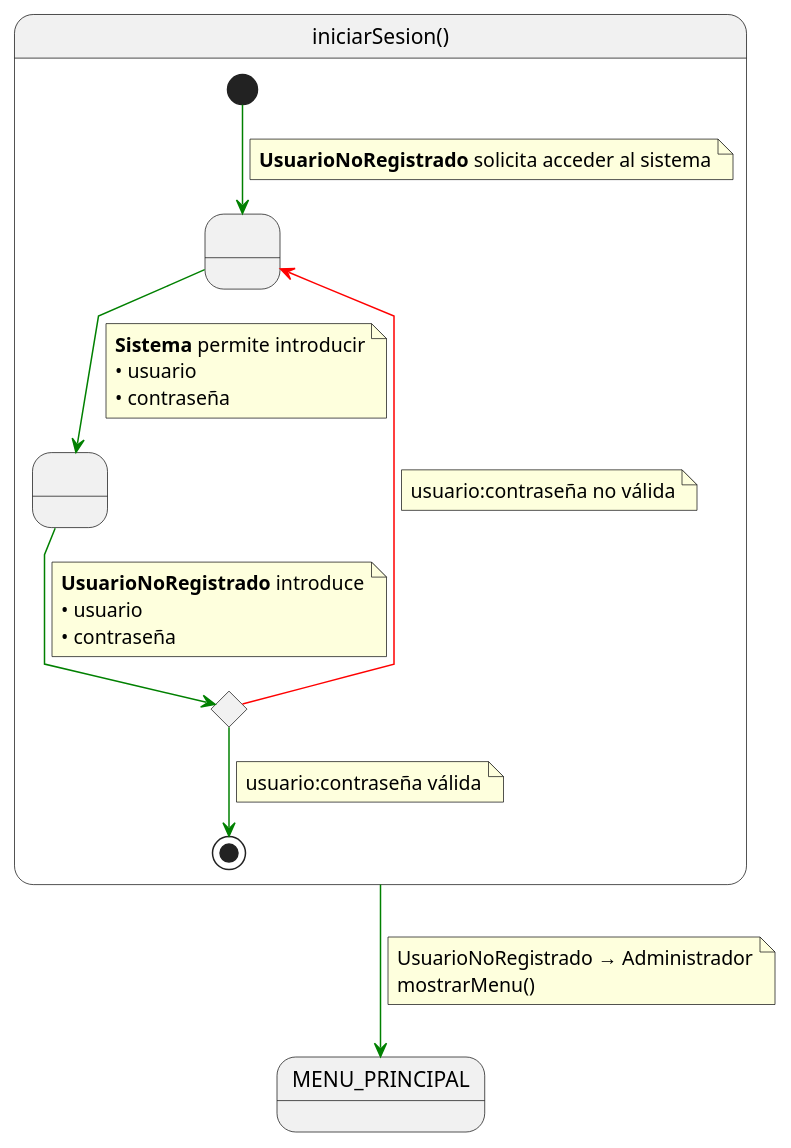
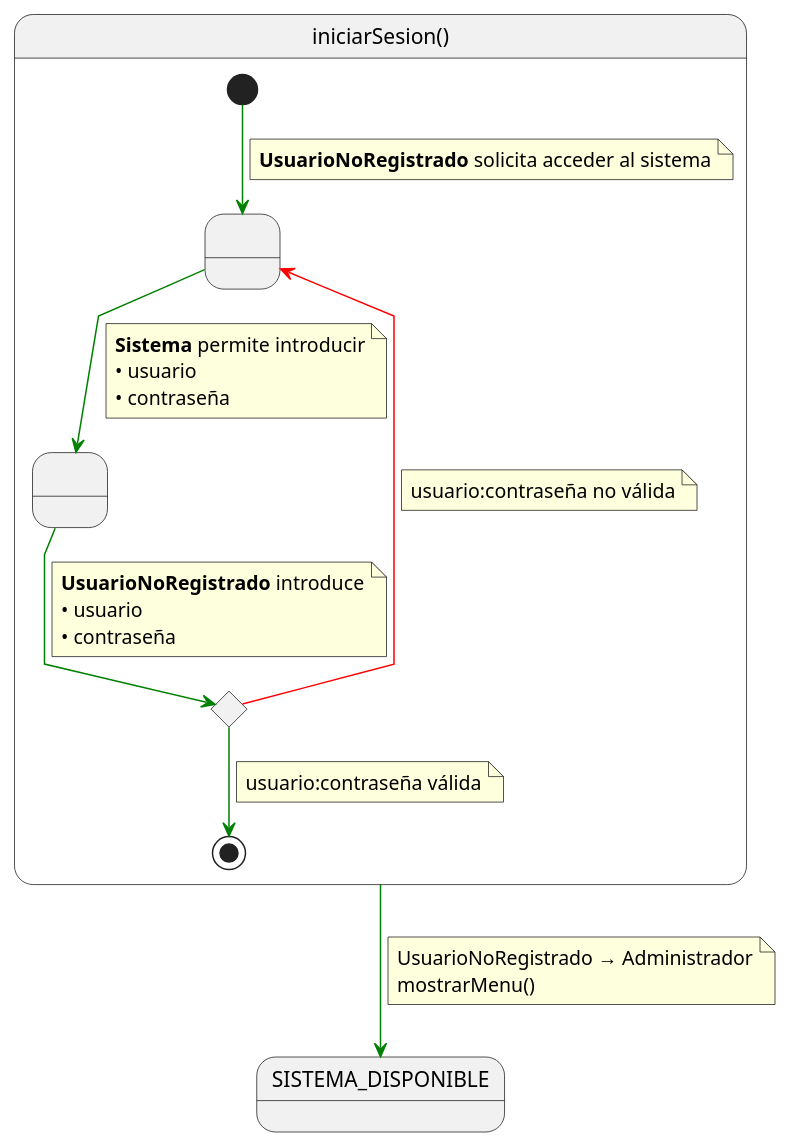
One commit to Hexcss/scheduler changed the diagram in RUP/00-casos-uso/02-detalle/iniciarSesion/especificacion.puml. Above: the diagram before and after it, drawn with PlantUML. The commit also changed 20 other files, not shown here.

```diff
--- a/RUP/00-casos-uso/02-detalle/iniciarSesion/especificacion.puml
+++ b/RUP/00-casos-uso/02-detalle/iniciarSesion/especificacion.puml
@@ -1,47 +1,47 @@
 @startuml iniciarSesion
 
 skinparam linetype polyline
 
 state iniciarSesion as "iniciarSesion()" {
 
     state " " as SolicitandoAcceso
     state " " as ProporcionandoCredenciales  
     state c <<choice>>
 
     [*] -[#green]-> SolicitandoAcceso 
     note on link
     <b>UsuarioNoRegistrado</b> solicita acceder al sistema
     end note    
     
     SolicitandoAcceso -[#green]-> ProporcionandoCredenciales
     note on link
     <b>Sistema</b> permite introducir
     • usuario
     • contraseña
     end note
     
     ProporcionandoCredenciales -[#green]-> c
     note on link
     <b>UsuarioNoRegistrado</b> introduce
     • usuario
     • contraseña
     end note
     
     c -[#red]-> SolicitandoAcceso
     note on link
     usuario:contraseña no válida
     end note
 
     c -[#green]-> [*]
     note on link
     usuario:contraseña válida
     end note
 }
 
-iniciarSesion -[#green]-> MENU_PRINCIPAL
+iniciarSesion -[#green]-> SISTEMA_DISPONIBLE
 note on link
 UsuarioNoRegistrado → Administrador
 mostrarMenu()
 end note
 
 @enduml
```
